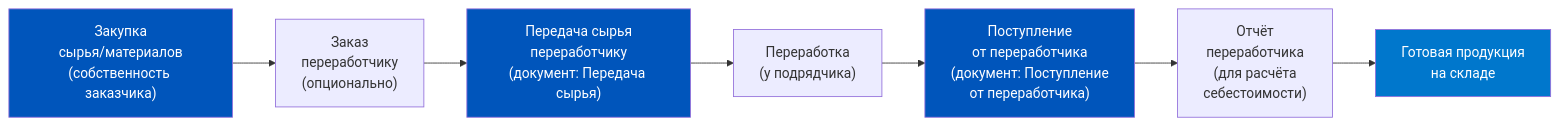
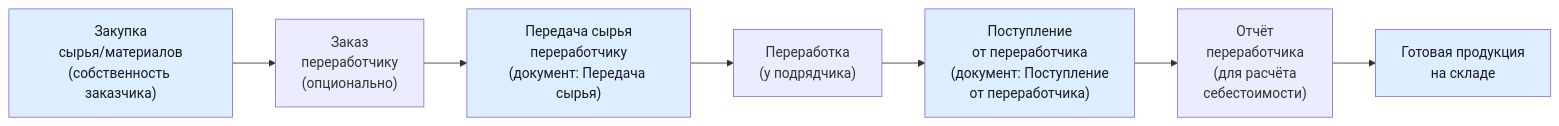
One commit to murad1986/1c-erp-quartz changed the second of 6 diagrams in content/1c-erp/week_3/Неделя 3 - День 4 - Ответственное хранение.md. Above: the diagram before and after it, drawn with Mermaid. The commit also changed other lines of this file and 57 other files, not shown here.

First line of the commit message:
fix: Mermaid — пастельные цвета в источниках диаграмм (56 файлов)

````diff
--- a/content/1c-erp/week_3/Неделя 3 - День 4 - Ответственное хранение.md
+++ b/content/1c-erp/week_3/Неделя 3 - День 4 - Ответственное хранение.md
@@ -139,14 +139,14 @@
 ```mermaid
 flowchart LR
     A["Закупка<br/>сырья/материалов<br/>(собственность заказчика)"] --> B["Заказ<br/>переработчику<br/>(опционально)"]
     B --> C["Передача сырья<br/>переработчику<br/>(документ: Передача сырья)"]
     C --> D["Переработка<br/>(у подрядчика)"]
     D --> E["Поступление<br/>от переработчика<br/>(документ: Поступление<br/>от переработчика)"]
     E --> F["Отчёт<br/>переработчика<br/>(для расчёта<br/>себестоимости)"]
     F --> G["Готовая продукция<br/>на складе"]
 
-    style A fill:#0055BB,color:#fff
-    style C fill:#0055BB,color:#fff
-    style E fill:#0055BB,color:#fff
-    style G fill:#0077CC,color:#fff
+    style A fill:#dceeff,color:#1a1a1a
+    style C fill:#dceeff,color:#1a1a1a
+    style E fill:#dceeff,color:#1a1a1a
+    style G fill:#dceeff,color:#1a1a1a
 ```
````
